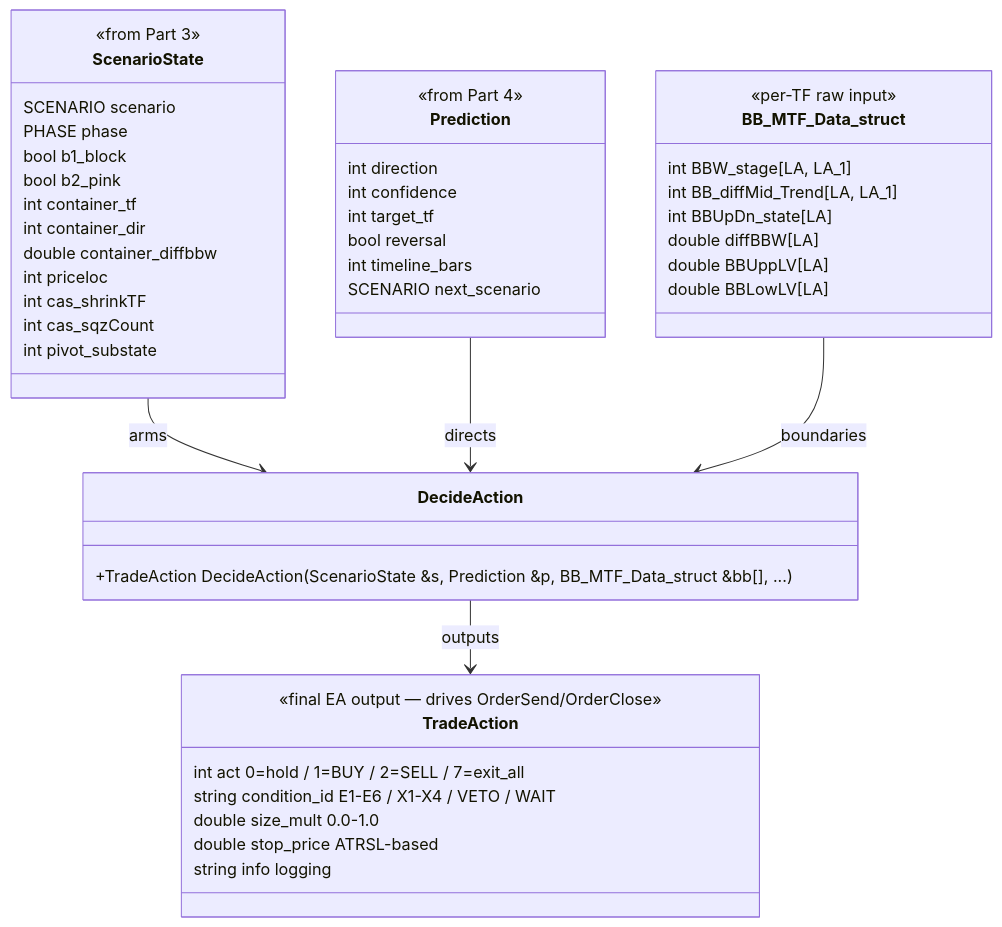
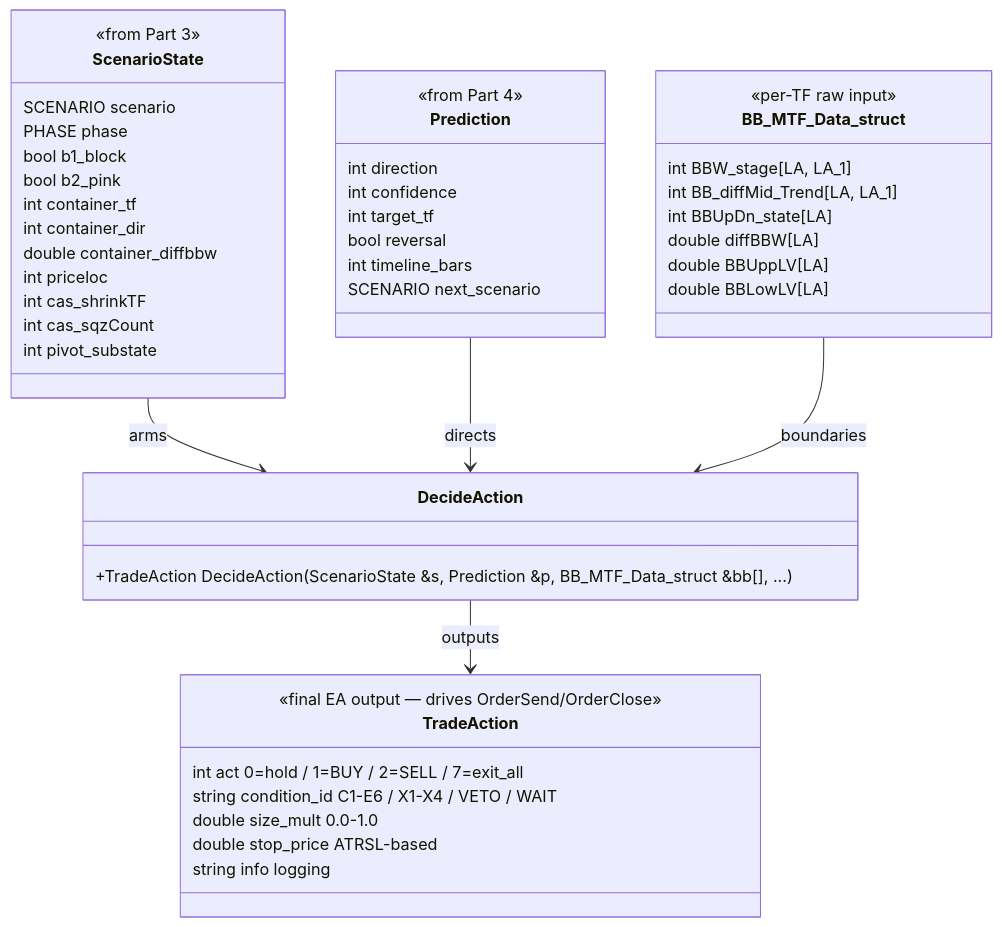
Before and after one commit to Terrypang89/BB_MTF_M15_STRATEGY: diagram 16 of 19 in references/ARCHITECTURE.md, drawn with Mermaid. The commit also changed other lines of this file and 12 other files, not shown here.

````diff
--- a/references/ARCHITECTURE.md
+++ b/references/ARCHITECTURE.md
@@ -1079,55 +1079,55 @@
 ```mermaid
 classDiagram
     class ScenarioState {
         <<from Part 3>>
         SCENARIO scenario
         PHASE phase
         bool b1_block
         bool b2_pink
         int container_tf
         int container_dir
         double container_diffbbw
         int priceloc
         int cas_shrinkTF
         int cas_sqzCount
         int pivot_substate
     }
 
     class Prediction {
         <<from Part 4>>
         int direction
         int confidence
         int target_tf
         bool reversal
         int timeline_bars
         SCENARIO next_scenario
     }
 
     class BB_MTF_Data_struct {
         <<per-TF raw input>>
         int BBW_stage[LA, LA_1]
         int BB_diffMid_Trend[LA, LA_1]
         int BBUpDn_state[LA]
         double diffBBW[LA]
         double BBUppLV[LA]
         double BBLowLV[LA]
     }
 
     class TradeAction {
         <<final EA output — drives OrderSend/OrderClose>>
         int act           0=hold / 1=BUY / 2=SELL / 7=exit_all
-        string condition_id  E1-E6 / X1-X4 / VETO / WAIT
+        string condition_id  C1-E6 / X1-X4 / VETO / WAIT
         double size_mult    0.0-1.0
         double stop_price   ATRSL-based
         string info         logging
     }
 
     class DecideAction {
         +TradeAction DecideAction(ScenarioState &s, Prediction &p, BB_MTF_Data_struct &bb[], ...)
     }
 
     ScenarioState --> DecideAction : arms
     Prediction --> DecideAction : directs
     BB_MTF_Data_struct --> DecideAction : boundaries
     DecideAction --> TradeAction : outputs
 ```
````
